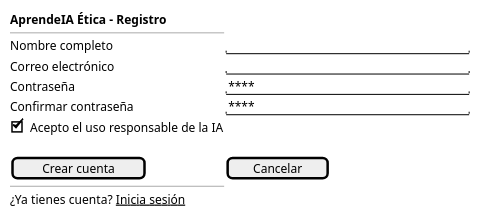
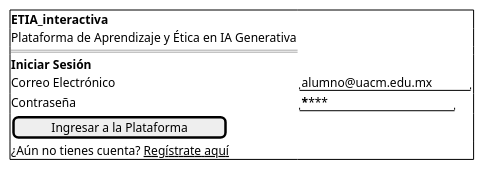
Before and after one commit to De0dr0acer/ProyectoAMSAngulo: the diagram in Diagramas/Proyecto_AnguloAMS/src/proyecto_anguloams/WF-01 Registro.puml, drawn with PlantUML. The commit also changed 8 other files, not shown here.

Commit message:
Subir proyecto ETIA_interactiva

```diff
--- a/Diagramas/Proyecto_AnguloAMS/src/proyecto_anguloams/WF-01 Registro.puml
+++ b/Diagramas/Proyecto_AnguloAMS/src/proyecto_anguloams/WF-01 Registro.puml
@@ -1,15 +1,13 @@
-@startsalt
-{
-  **AprendeIA Ética - Registro**
-  --
-  Nombre completo | "                              "
-  Correo electrónico | "                              "
-  Contraseña | "****                          "
-  Confirmar contraseña | "****                          "
-  [X] Acepto el uso responsable de la IA
-  .
-  [  Crear cuenta  ] | [  Cancelar  ]
-  --
-  ¿Ya tienes cuenta? <u>Inicia sesión</u>
+@startuml
+salt
+{+
+  <b>ETIA_interactiva</b>
+  Plataforma de Aprendizaje y Ética en IA Generativa
+  ===
+  <b>Iniciar Sesión</b>
+  Correo Electrónico | "alumno@uacm.edu.mx   "
+  Contraseña         | "********           "
+  [ Ingresar a la Plataforma ]
+  ¿Aún no tienes cuenta? <u>Regístrate aquí</u>
 }
-@endsalt
+@enduml
```
